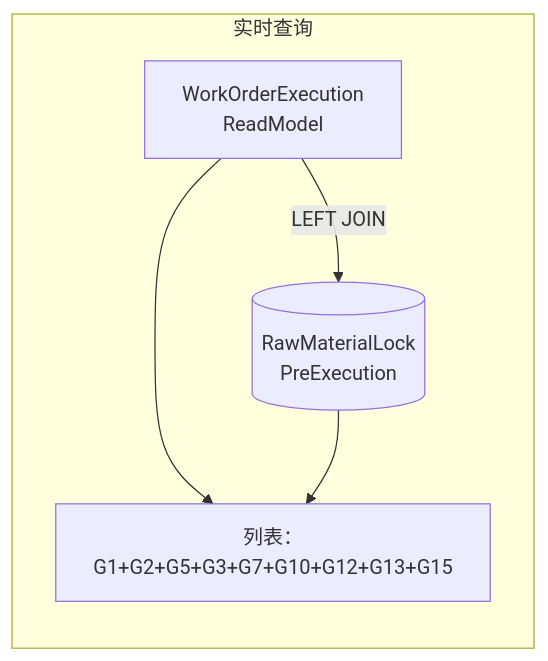
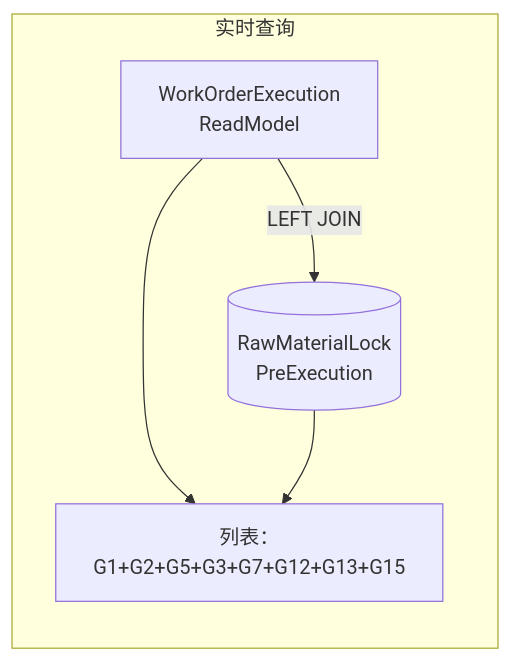
One commit to zhz151/MES changed the first of 8 diagrams in docs/模块设计/计划排程上下文详细设计.md. Above: the diagram before and after it, drawn with Mermaid. The commit also changed other lines of this file and 165 other files, not shown here.

````diff
--- a/docs/模块设计/计划排程上下文详细设计.md
+++ b/docs/模块设计/计划排程上下文详细设计.md
@@ -58,8 +58,8 @@
 ```mermaid
 flowchart LR
     subgraph 实时查询
         A[WorkOrderExecution<br/>ReadModel] -->|LEFT JOIN| C[(RawMaterialLock<br/>PreExecution)]
-        A --> F[列表：G1+G2+G5+G3+G7+G10+G12+G13+G15]
+        A --> F[列表：G1+G2+G5+G3+G7+G12+G13+G15]
         C --> F
     end
 ```
````
